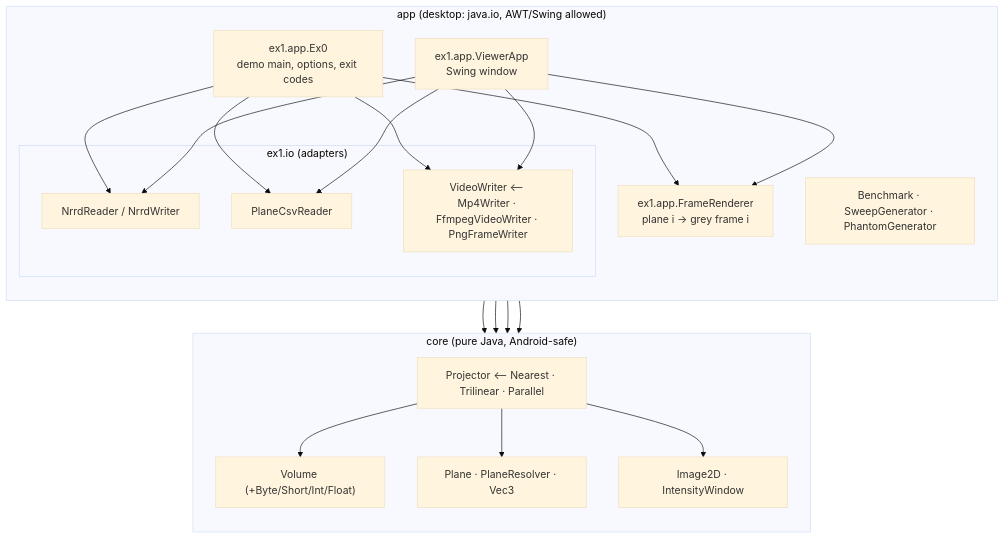
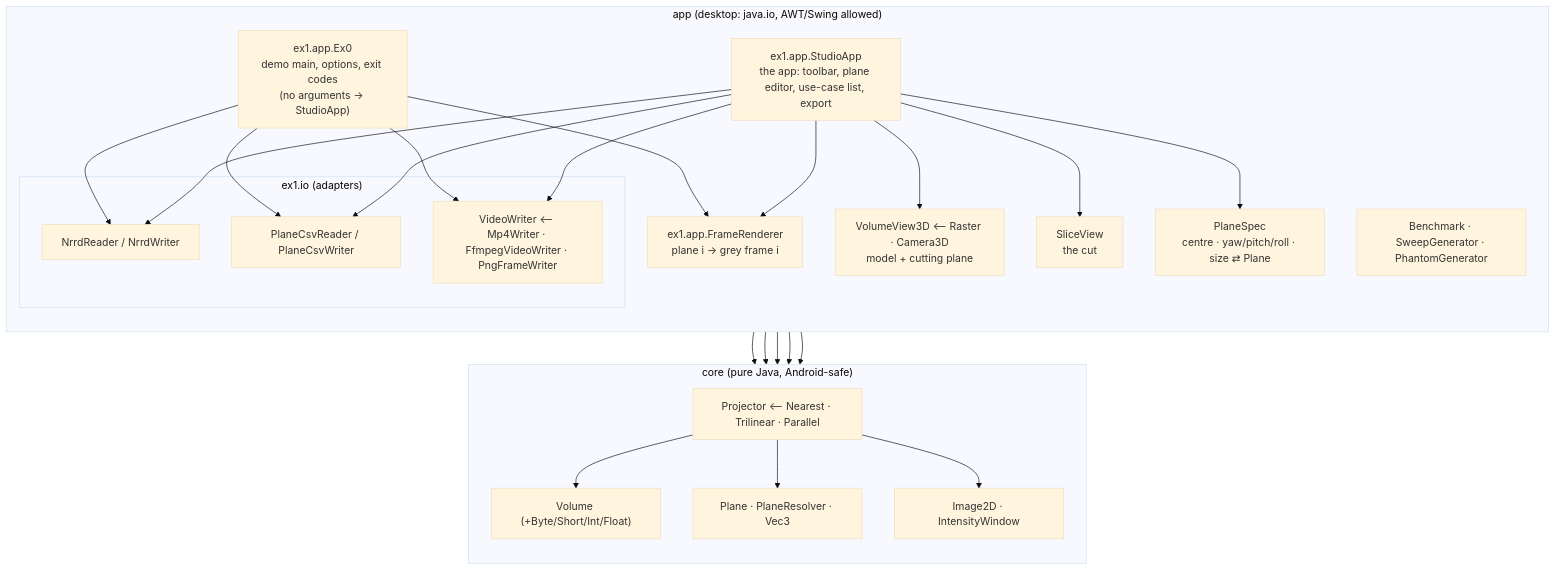
One commit to NoamTheGolem/Intro2SE_Ex1 changed the second of 6 diagrams in docs/SDD.md. Above: the diagram before and after it, drawn with Mermaid (base theme). The commit also changed other lines of this file and 13 other files, not shown here.

````diff
--- a/docs/SDD.md
+++ b/docs/SDD.md
@@ -39,30 +40,35 @@
 ```mermaid
 flowchart TB
     subgraph app["app  (desktop: java.io, AWT/Swing allowed)"]
       direction TB
-      Ex0["ex1.app.Ex0<br/>demo main, options, exit codes"]
-      Viewer["ex1.app.ViewerApp<br/>Swing window"]
+      Ex0["ex1.app.Ex0<br/>demo main, options, exit codes<br/>(no arguments → StudioApp)"]
+      Studio["ex1.app.StudioApp<br/>the app: toolbar, plane editor, use-case list, export"]
+      V3["VolumeView3D ⟵ Raster · Camera3D<br/>model + cutting plane"]
+      V2["SliceView<br/>the cut"]
+      PS["PlaneSpec<br/>centre · yaw/pitch/roll · size ⇄ Plane"]
       FR["ex1.app.FrameRenderer<br/>plane i → grey frame i"]
       Bench["Benchmark · SweepGenerator · PhantomGenerator"]
       subgraph io["ex1.io  (adapters)"]
         NR["NrrdReader / NrrdWriter"]
-        CSV["PlaneCsvReader"]
+        CSV["PlaneCsvReader / PlaneCsvWriter"]
         VW["VideoWriter ⟵ Mp4Writer · FfmpegVideoWriter · PngFrameWriter"]
       end
     end
     subgraph core["core  (pure Java, Android-safe)"]
       direction TB
       Vol["Volume (+Byte/Short/Int/Float)"]
       Plane["Plane · PlaneResolver · Vec3"]
       Proj["Projector ⟵ Nearest · Trilinear · Parallel"]
       Img["Image2D · IntensityWindow"]
     end
     Ex0 --> FR --> Proj
-    Viewer --> FR
+    Studio --> FR
+    Studio --> V3 & V2 & PS
+    PS --> Plane
     Ex0 --> NR & CSV & VW
-    Viewer --> NR & CSV & VW
+    Studio --> NR & CSV & VW
     NR --> Vol
     CSV --> Plane
     Proj --> Vol & Plane & Img
     FR --> Img
 ```
````
